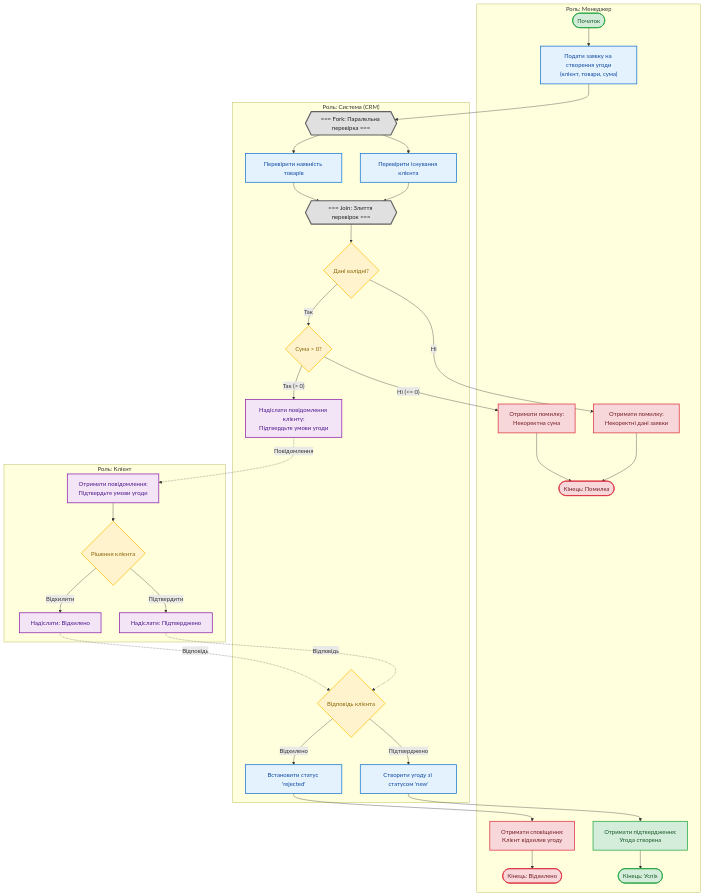
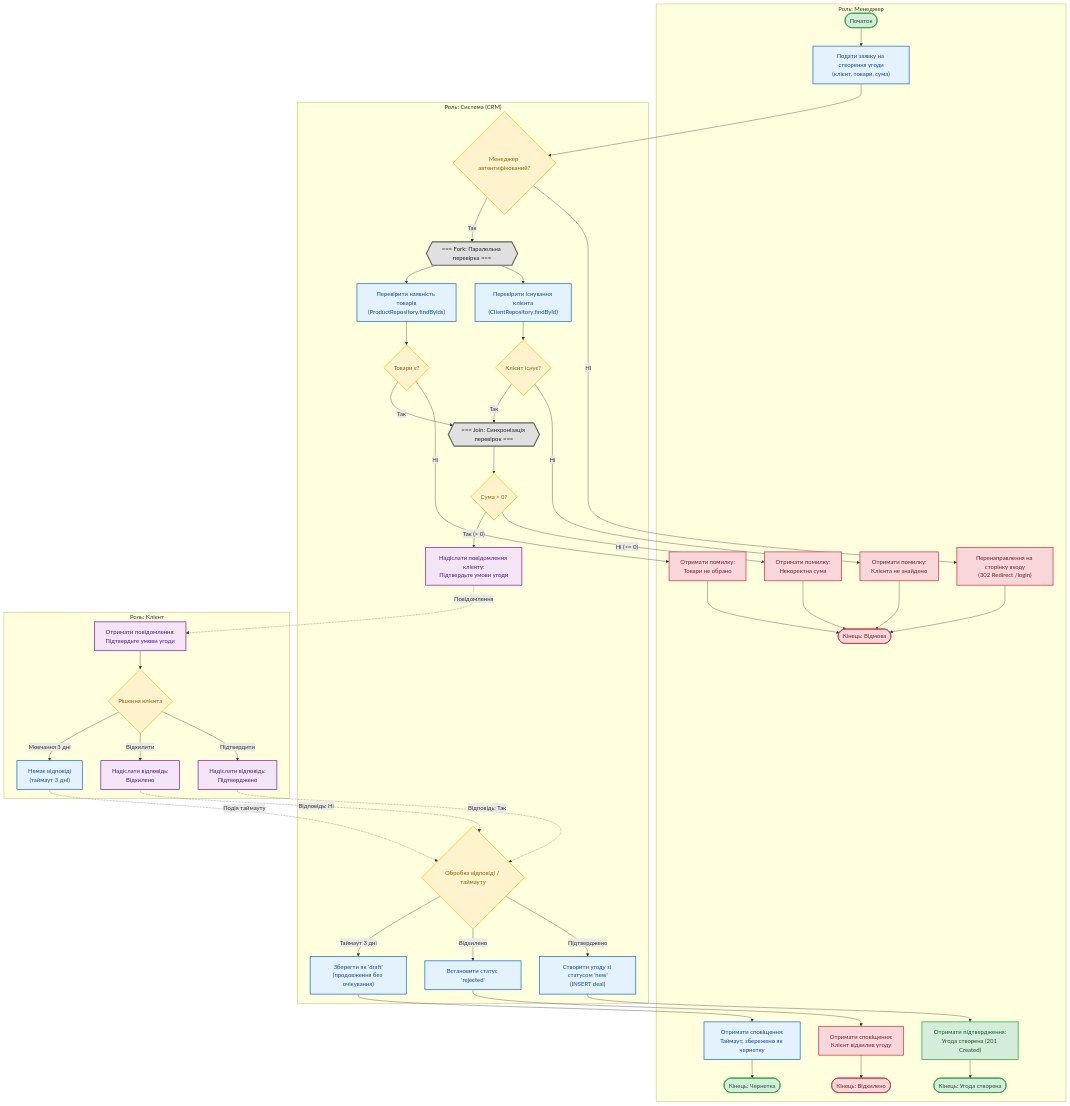
One commit to VitalityTech/SRMA_Labs changed the diagram in lab4/model/activity-diagram.mmd. Above: the diagram before and after it, drawn with Mermaid. The commit also changed 3 other files, not shown here.

Commit message:
fix(lab4/model): regenerate activity diagram with timeout, auth check and split parallel errors

```diff
--- a/lab4/model/activity-diagram.mmd
+++ b/lab4/model/activity-diagram.mmd
@@ -1,72 +1,93 @@
 flowchart TD
 classDef startEnd fill:#d4edda,stroke:#28a745,stroke-width:2px,color:#155724;
 classDef failEnd fill:#f8d7da,stroke:#dc3545,stroke-width:2px,color:#721c24;
 classDef action fill:#e3f2fd,stroke:#1976d2,stroke-width:2px,color:#0d47a1;
 classDef decision fill:#fff3cd,stroke:#ffc107,stroke-width:2px,color:#856404;
 classDef sync fill:#e0e0e0,stroke:#616161,stroke-width:3px,color:#212121;
 classDef message fill:#f3e5f5,stroke:#8e24aa,stroke-width:2px,color:#4a148c;
 
 subgraph ManagerLane ["Роль: Менеджер"]
     StartNode([Початок]):::startEnd
     SubmitDeal["Подати заявку на створення угоди<br/>(клієнт, товари, сума)"]:::action
-    ShowDataError["Отримати помилку:<br/>Некоректні дані заявки"]:::failEnd
+    RedirectLogin["Перенаправлення на сторінку входу<br/>(302 Redirect /login)"]:::failEnd
+    ShowClientError["Отримати помилку:<br/>Клієнта не знайдено"]:::failEnd
+    ShowProductsError["Отримати помилку:<br/>Товари не обрано"]:::failEnd
     ShowAmountError["Отримати помилку:<br/>Некоректна сума"]:::failEnd
-    ManagerSuccess["Отримати підтвердження:<br/>Угода створена"]:::startEnd
+    ManagerSuccess["Отримати підтвердження:<br/>Угода створена (201 Created)"]:::startEnd
     ManagerReject["Отримати сповіщення:<br/>Клієнт відхилив угоду"]:::failEnd
-    EndFail([Кінець: Помилка]):::failEnd
-    EndSuccess([Кінець: Успіх]):::startEnd
+    ManagerTimeout["Отримати сповіщення:<br/>Таймаут, збережено як чернетку"]:::action
+    EndFail([Кінець: Відмова]):::failEnd
+    EndSuccess([Кінець: Угода створена]):::startEnd
     EndReject([Кінець: Відхилено]):::failEnd
+    EndDraft([Кінець: Чернетка]):::startEnd
 end
 
 subgraph SystemLane ["Роль: Система (CRM)"]
+    AuthCond{"Менеджер автентифікований?"}:::decision
     ForkSync{{"=== Fork: Паралельна перевірка ==="}}:::sync
-    CheckClient["Перевірити існування клієнта"]:::action
-    CheckProducts["Перевірити наявність товарів"]:::action
-    JoinSync{{"=== Join: Злиття перевірок ==="}}:::sync
-    ValidData{"Дані валідні?"}:::decision
+    CheckClient["Перевірити існування клієнта<br/>(ClientRepository.findById)"]:::action
+    CheckProducts["Перевірити наявність товарів<br/>(ProductRepository.findByIds)"]:::action
+    ClientCond{"Клієнт існує?"}:::decision
+    ProductsCond{"Товари є?"}:::decision
+    JoinSync{{"=== Join: Синхронізація перевірок ==="}}:::sync
     CheckAmount{"Сума > 0?"}:::decision
     SendMessage["Надіслати повідомлення клієнту:<br/>Підтвердьте умови угоди"]:::message
-    HandleResponse{"Відповідь клієнта"}:::decision
-    CreateDealRecord["Створити угоду зі статусом 'new'"]:::action
+    HandleResponse{"Обробка відповіді / таймауту"}:::decision
+    CreateDealRecord["Створити угоду зі статусом 'new'<br/>(INSERT deal)"]:::action
     SetRejectedStatus["Встановити статус 'rejected'"]:::action
+    SetDraftStatus["Зберегти як 'draft'<br/>(продовження без очікування)"]:::action
 end
 
 subgraph ClientLane ["Роль: Клієнт"]
     ReceiveInvite["Отримати повідомлення:<br/>Підтвердьте умови угоди"]:::message
     ClientDecision{"Рішення клієнта"}:::decision
-    SendAccept["Надіслати: Підтверджено"]:::message
-    SendDecline["Надіслати: Відхилено"]:::message
+    SendAccept["Надіслати відповідь:<br/>Підтверджено"]:::message
+    SendDecline["Надіслати відповідь:<br/>Відхилено"]:::message
+    TimeoutEvent["Немає відповіді<br/>(таймаут 3 дні)"]:::action
 end
 
 StartNode --> SubmitDeal
-SubmitDeal --> ForkSync
+SubmitDeal --> AuthCond
+AuthCond -- "Ні" --> RedirectLogin
+RedirectLogin --> EndFail
+AuthCond -- "Так" --> ForkSync
 
 ForkSync --> CheckClient
 ForkSync --> CheckProducts
-CheckClient --> JoinSync
-CheckProducts --> JoinSync
 
-JoinSync --> ValidData
-ValidData -- "Ні" --> ShowDataError
-ShowDataError --> EndFail
-ValidData -- "Так" --> CheckAmount
+CheckClient --> ClientCond
+ClientCond -- "Ні" --> ShowClientError
+ShowClientError --> EndFail
+ClientCond -- "Так" --> JoinSync
 
+CheckProducts --> ProductsCond
+ProductsCond -- "Ні" --> ShowProductsError
+ShowProductsError --> EndFail
+ProductsCond -- "Так" --> JoinSync
+
+JoinSync --> CheckAmount
 CheckAmount -- "Ні (<= 0)" --> ShowAmountError
 ShowAmountError --> EndFail
 CheckAmount -- "Так (> 0)" --> SendMessage
 
 SendMessage -.->|"Повідомлення"| ReceiveInvite
 ReceiveInvite --> ClientDecision
 ClientDecision -- "Підтвердити" --> SendAccept
 ClientDecision -- "Відхилити" --> SendDecline
+ClientDecision -- "Мовчання 3 дні" --> TimeoutEvent
 
-SendAccept -.->|"Відповідь"| HandleResponse
-SendDecline -.->|"Відповідь"| HandleResponse
+SendAccept -.->|"Відповідь: Так"| HandleResponse
+SendDecline -.->|"Відповідь: Ні"| HandleResponse
+TimeoutEvent -.->|"Подія таймауту"| HandleResponse
 
 HandleResponse -- "Підтверджено" --> CreateDealRecord
 CreateDealRecord --> ManagerSuccess
 ManagerSuccess --> EndSuccess
 
 HandleResponse -- "Відхилено" --> SetRejectedStatus
 SetRejectedStatus --> ManagerReject
 ManagerReject --> EndReject
+
+HandleResponse -- "Таймаут 3 дні" --> SetDraftStatus
+SetDraftStatus --> ManagerTimeout
+ManagerTimeout --> EndDraft
```
